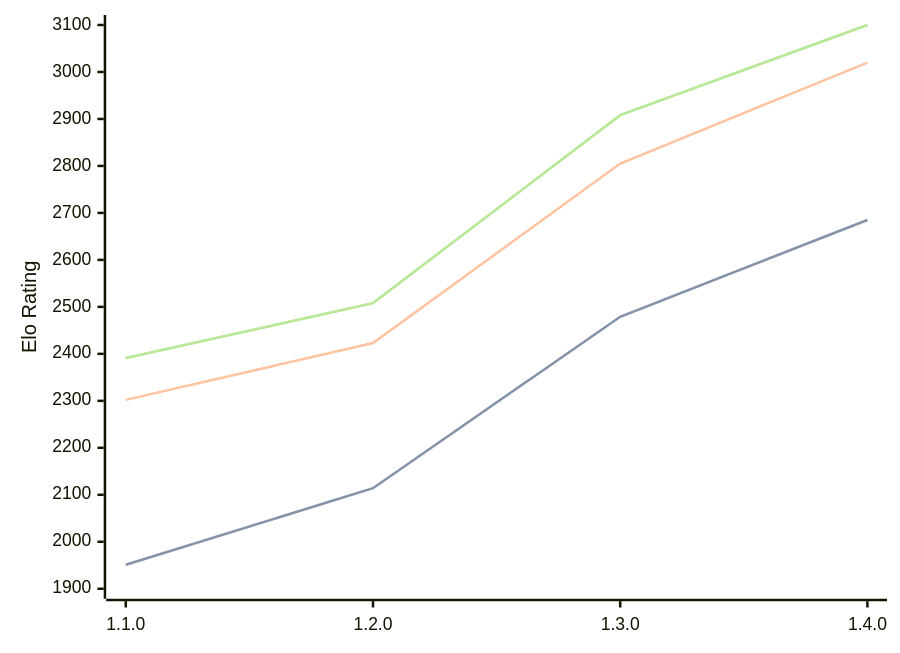
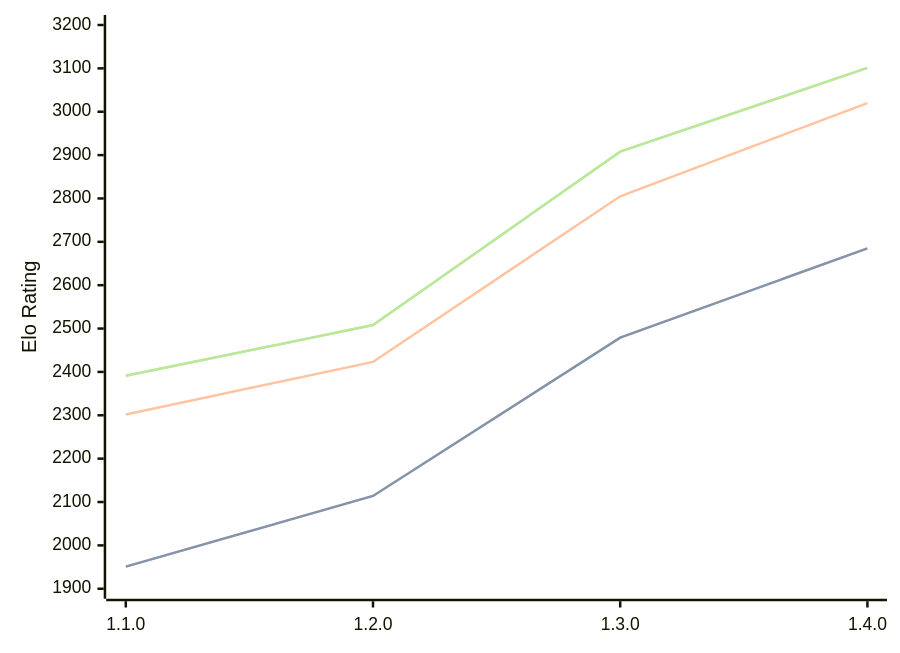
The diagram in engines/Gyatso.md (computer-chess-index/cci), drawn with Mermaid before and after one commit. The commit also changed other lines of this file, not shown here.

Commit message:
Update CCI Ratings (ELO VLTC) - 2026-07-19

````diff
--- a/engines/Gyatso.md
+++ b/engines/Gyatso.md
@@ -35,11 +35,11 @@
 ```mermaid
 %%{init: {"theme":"base","themeVariables":{"seriesColors:['#a3a3a3','#222221','#faa371']}}}%%
 xychart-beta
   x-axis ["1.1.0", "1.2.0", "1.3.0", "1.4.0"]
-  y-axis "Elo Rating" 1900 --> 3100
+  y-axis "Elo Rating" 1900 --> 3200
   line "STC (8.0+0.08s)" [1951, 2114, 2479, 2685]
   line "STC (8.0+0.08s)" [1951, 2114, 2479, 2685]
   line "LTC (60.0+0.60s)" [2302, 2423, 2805, 3020]
-  line "VLTC (2m24s+1.12s)" [2391, 2508, 2908, 3100]
-  line "VLTC (2m24s+1.12s)" [2391, 2508, 2908, 3100]
+  line "VLTC (2m24s+1.12s)" [2391, 2508, 2908, 3101]
+  line "VLTC (2m24s+1.12s)" [2391, 2508, 2908, 3101]
 ```
````
